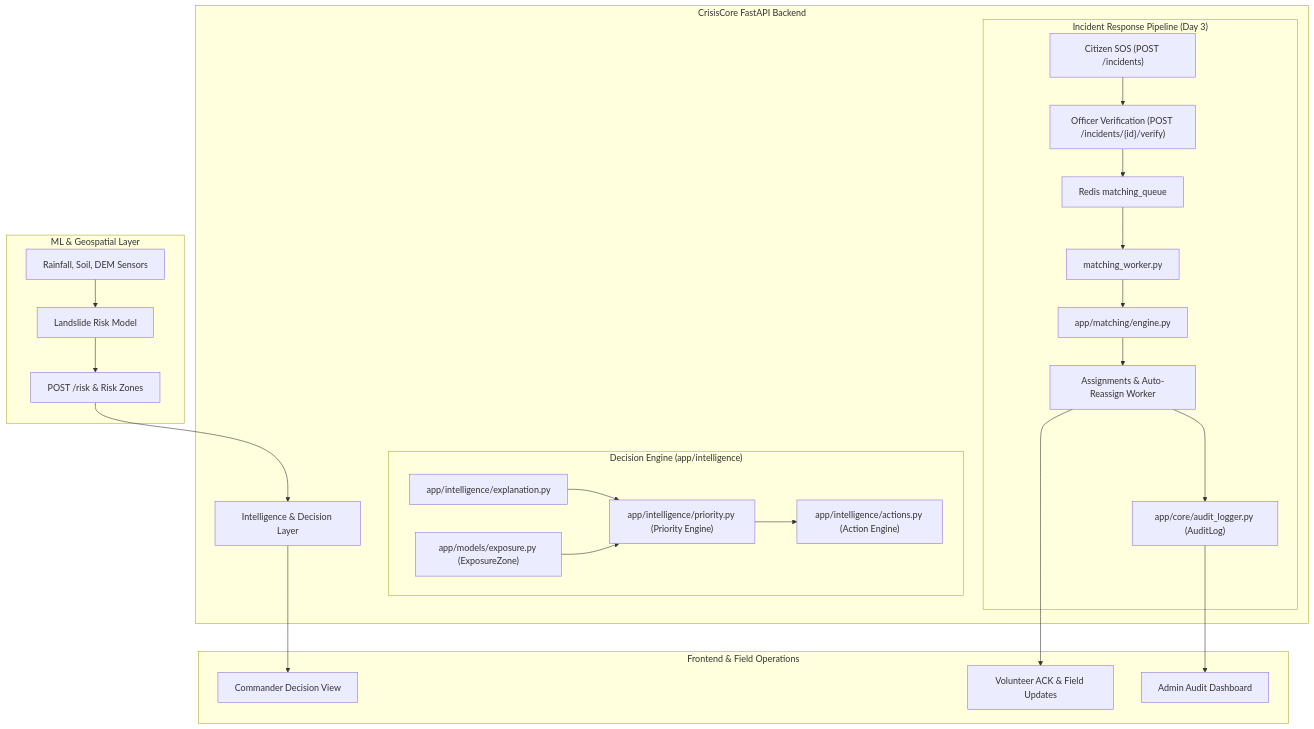
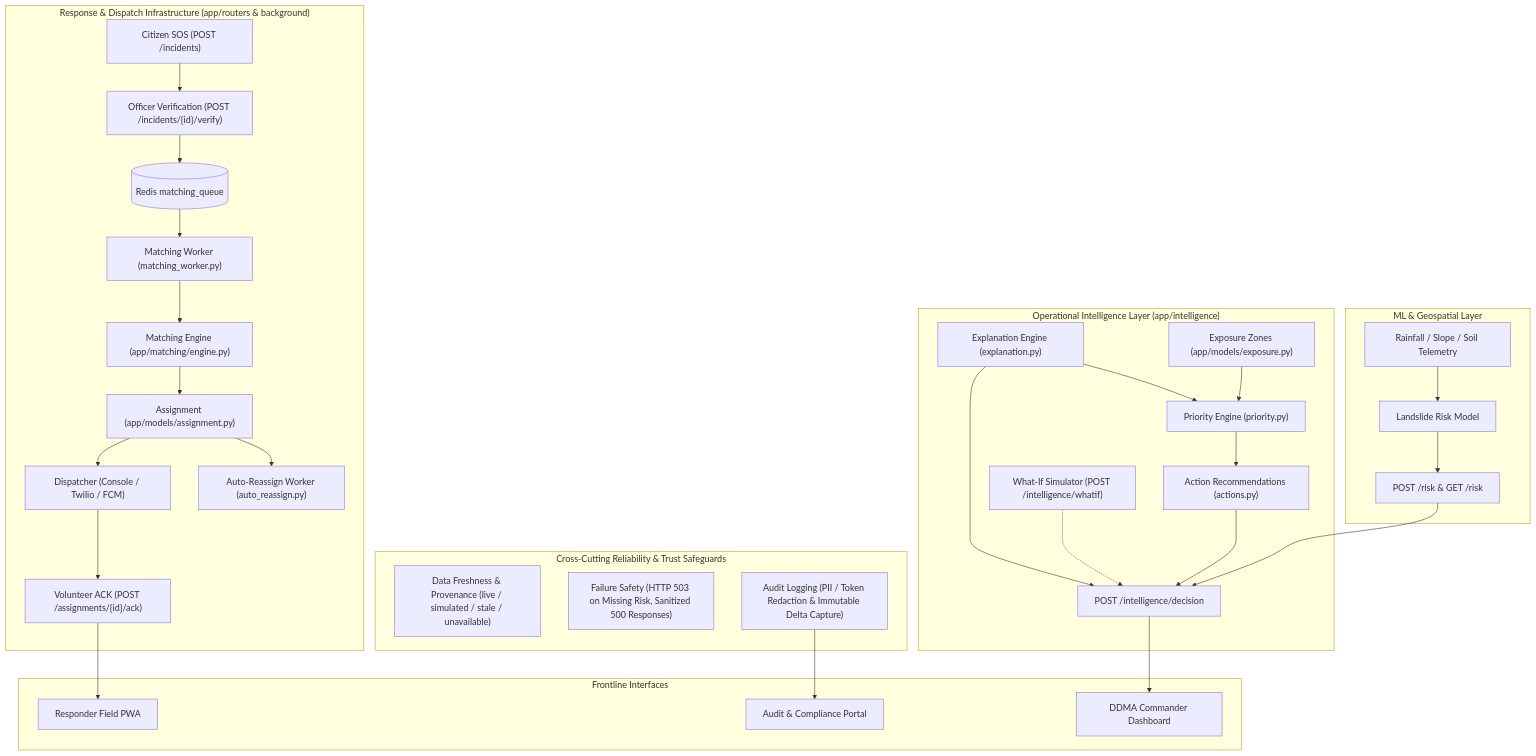
Before and after one commit to aryankalpeshchavan-glitch/Samvedna-SIH2026: the first of 2 diagrams in README.md, drawn with Mermaid. The commit also changed other lines of this file and 3 other files, not shown here.

````diff
--- a/README.md
+++ b/README.md
@@ -84,45 +101,43 @@
 ```mermaid
 flowchart TD
-    subgraph ML_Data ["ML & Geospatial Layer"]
-        Sensors["Rainfall, Soil, DEM Sensors"] --> MLModel["Landslide Risk Model"]
-        MLModel --> RiskAPI["POST /risk & Risk Zones"]
+    subgraph CrossCutting ["Cross-Cutting Reliability & Trust Safeguards"]
+        Freshness["Data Freshness & Provenance (live / simulated / stale / unavailable)"]
+        FailSafe["Failure Safety (HTTP 503 on Missing Risk, Sanitized 500 Responses)"]
+        AuditLock["Audit Logging (PII / Token Redaction & Immutable Delta Capture)"]
     end
 
-    subgraph Backend ["CrisisCore FastAPI Backend"]
-        RiskAPI --> DecisionEngine["Intelligence & Decision Layer"]
-
-        subgraph Intelligence ["Decision Engine (app/intelligence)"]
-            ExpMapper["app/intelligence/explanation.py"]
-            ExposureDB["app/models/exposure.py (ExposureZone)"]
-            PriorityCalc["app/intelligence/priority.py (Priority Engine)"]
-            ActionGen["app/intelligence/actions.py (Action Engine)"]
-
-            ExpMapper --> PriorityCalc
-            ExposureDB --> PriorityCalc
-            PriorityCalc --> ActionGen
-        end
-
-        subgraph Operations ["Incident Response Pipeline (Day 3)"]
-            CitizenSOS["Citizen SOS (POST /incidents)"]
-            OfficerVerify["Officer Verification (POST /incidents/{id}/verify)"]
-            RedisQueue["Redis matching_queue"]
-            Worker["matching_worker.py"]
-            Engine["app/matching/engine.py"]
-            Assignment["Assignments & Auto-Reassign Worker"]
-            Audit["app/core/audit_logger.py (AuditLog)"]
-
-            CitizenSOS --> OfficerVerify
-            OfficerVerify --> RedisQueue
-            RedisQueue --> Worker
-            Worker --> Engine
-            Engine --> Assignment
-            Assignment --> Audit
-        end
+    subgraph DataML ["ML & Geospatial Layer"]
+        Telemetry["Rainfall / Slope / Soil Telemetry"] --> MLPipeline["Landslide Risk Model"]
+        MLPipeline --> RiskContract["POST /risk & GET /risk"]
     end
 
-    subgraph Client ["Frontend & Field Operations"]
-        DecisionEngine --> DecisionView["Commander Decision View"]
-        Assignment --> VolunteerApp["Volunteer ACK & Field Updates"]
-        Audit --> AuditView["Admin Audit Dashboard"]
+    subgraph Intelligence ["Operational Intelligence Layer (app/intelligence)"]
+        RiskContract --> DecisionAPI["POST /intelligence/decision"]
+
+        DriverExp["Explanation Engine (explanation.py)"] --> DecisionAPI
+        ExposureStore["Exposure Zones (app/models/exposure.py)"] --> PriorityEng["Priority Engine (priority.py)"]
+        DriverExp --> PriorityEng
+
+        PriorityEng --> ActionEng["Action Recommendations (actions.py)"]
+        ActionEng --> DecisionAPI
+
+        WhatIf["What-If Simulator (POST /intelligence/whatif)"] -.-> DecisionAPI
+    end
+
+    subgraph Operations ["Response & Dispatch Infrastructure (app/routers & background)"]
+        CitizenSOS["Citizen SOS (POST /incidents)"] --> OfficerGate["Officer Verification (POST /incidents/{id}/verify)"]
+        OfficerGate --> RedisQ[("Redis matching_queue")]
+        RedisQ --> MatchWorker["Matching Worker (matching_worker.py)"]
+        MatchWorker --> MatchEngine["Matching Engine (app/matching/engine.py)"]
+        MatchEngine --> AssignmentStore["Assignment (app/models/assignment.py)"]
+        AssignmentStore --> Dispatcher["Dispatcher (Console / Twilio / FCM)"]
+        Dispatcher --> VolunteerACK["Volunteer ACK (POST /assignments/{id}/ack)"]
+        AssignmentStore --> AutoReassign["Auto-Reassign Worker (auto_reassign.py)"]
+    end
+
+    subgraph DecisionView ["Frontline Interfaces"]
+        DecisionAPI --> CommanderUI["DDMA Commander Dashboard"]
+        VolunteerACK --> FieldUI["Responder Field PWA"]
+        AuditLock --> AdminAuditUI["Audit & Compliance Portal"]
     end
 ```
````
